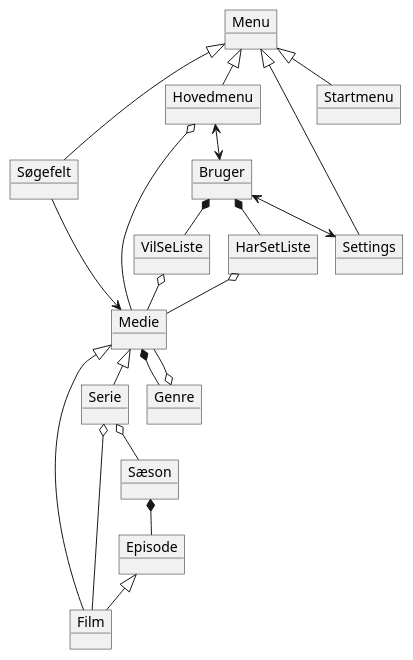
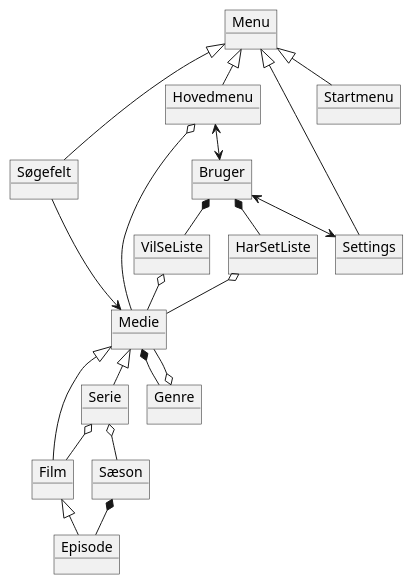
One commit to Falcho/SP3 changed the diagram in docs/domæneModel.puml. Above: the diagram before and after it, drawn with PlantUML. The commit also changed 2 other files, not shown here.

```diff
--- a/docs/domæneModel.puml
+++ b/docs/domæneModel.puml
@@ -1,51 +1,51 @@
 @startuml
 !pragma layout smetana
 'https://plantuml.com/object-diagram
 object Medie
 object Film
 object Serie
 object Genre
 object Menu
 object Søgefelt
 object Hovedmenu
 object Bruger
 object Startmenu
 object Settings
 object VilSeListe
 object HarSetListe
 object Sæson
 object Episode
 
 
 Medie <|-- Film
 Medie <|-- Serie
 Menu <|-- Hovedmenu
 Menu <|-- Startmenu
 Menu <|-- Settings
 Menu <|-- Søgefelt
 Medie *-- Genre
 Genre o-- Medie
 Hovedmenu o-- Medie
 Bruger *-- HarSetListe
 Bruger *-- VilSeListe
 VilSeListe o-- Medie
 HarSetListe o-- Medie
 Bruger <--> Settings
 Hovedmenu <--> Bruger
 Søgefelt --> Medie
 Serie o-- Film
 Serie o-- Sæson
 Sæson *-- Episode
-Episode <|-- Film
+Film <|-- Episode
 
 
 
 
 
 
 
 
 
 
 
 @enduml
```
